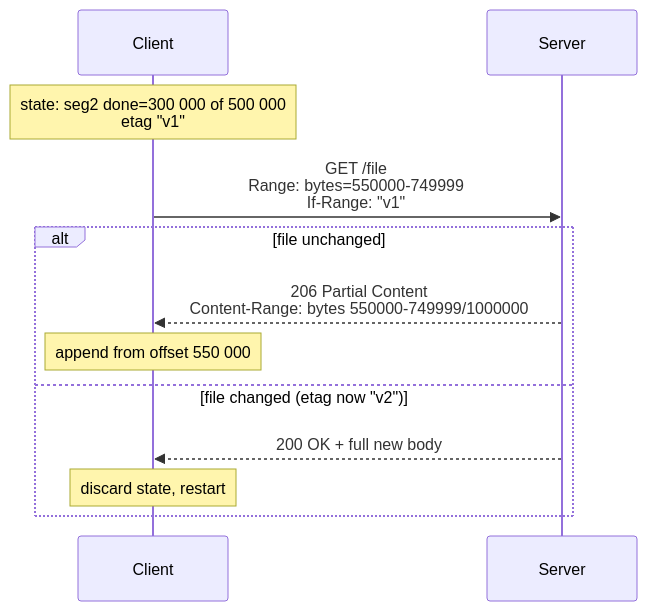
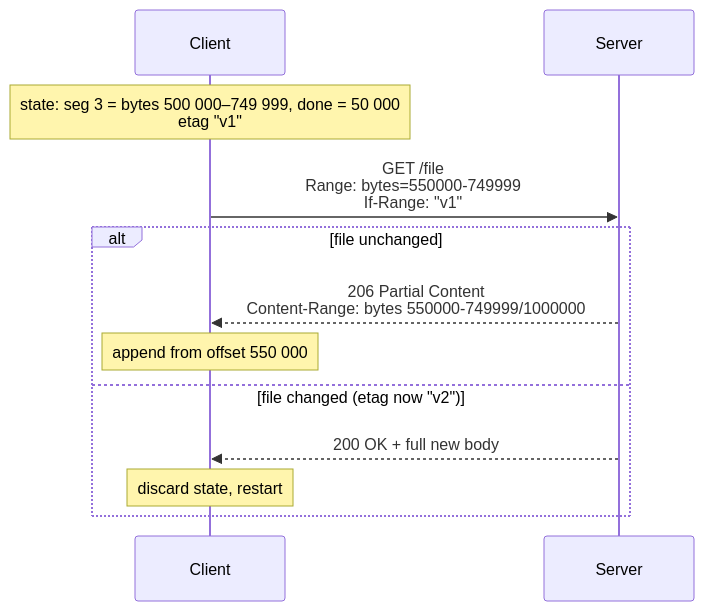
The second of 3 diagrams in content/features/pause-and-resume.md (Fatalshears/GlitchGallery), drawn with Mermaid before and after one commit. The commit also changed other lines of this file and 14 other files, not shown here.

````diff
--- a/content/features/pause-and-resume.md
+++ b/content/features/pause-and-resume.md
@@ -48,14 +48,14 @@
 ```mermaid
 sequenceDiagram
   participant C as Client
   participant S as Server
-  Note over C: state: seg2 done=300 000 of 500 000<br/>etag "v1"
+  Note over C: state: seg 3 = bytes 500 000–749 999, done = 50 000<br/>etag "v1"
   C->>S: GET /file<br/>Range: bytes=550000-749999<br/>If-Range: "v1"
   alt file unchanged
     S-->>C: 206 Partial Content<br/>Content-Range: bytes 550000-749999/1000000
     Note over C: append from offset 550 000
   else file changed (etag now "v2")
     S-->>C: 200 OK + full new body
     Note over C: discard state, restart
   end
 ```
````
